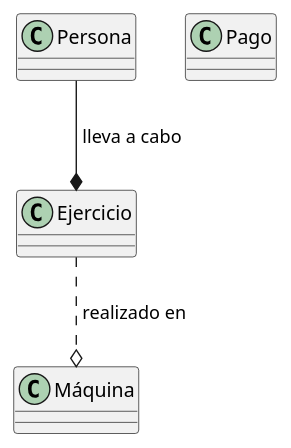
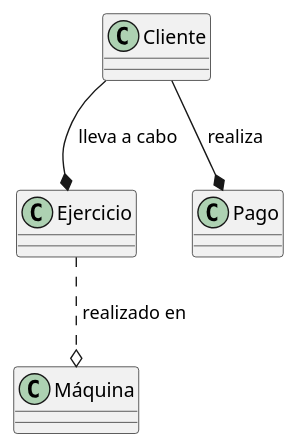
One commit to josueMerino/TFG-Docs changed the diagram in gimnasio/modeloDeDominio.plantuml. Above: the diagram before and after it, drawn with PlantUML. The commit also changed 1 other file, not shown here.

Commit message:
Modificaciones en el MdD, añadido un diagrama de actividad

```diff
--- a/gimnasio/modeloDeDominio.plantuml
+++ b/gimnasio/modeloDeDominio.plantuml
@@ -1,12 +1,12 @@
 @startuml
 
 class Máquina
-class Persona
+class Cliente
 class Ejercicio
-class Pago
 
-Persona --* Ejercicio : " lleva a cabo"
+Cliente --* Ejercicio : " lleva a cabo"
+Cliente --* Pago : " realiza"
 Ejercicio ..o Máquina : " realizado en"
 
 
 @enduml
```
